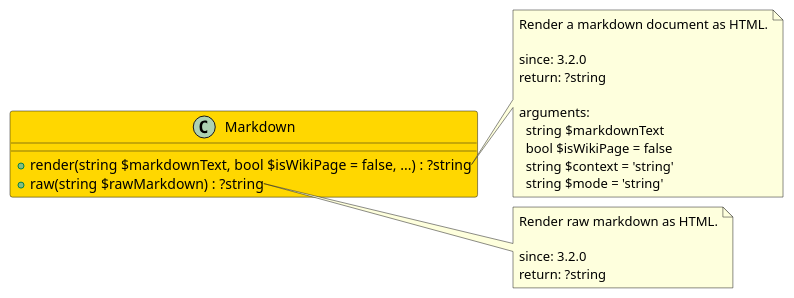
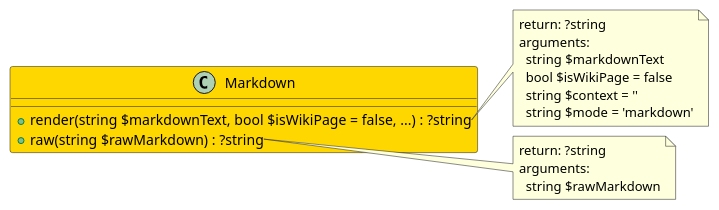
One commit to joomengine/gitea changed the diagram in src/8f1a0130-e555-4e6a-9fa8-9b99e30b39fa/README.md. Above: the diagram before and after it, drawn with PlantUML. The commit also changed 370 other files, not shown here.

````diff
--- a/src/8f1a0130-e555-4e6a-9fa8-9b99e30b39fa/README.md
+++ b/src/8f1a0130-e555-4e6a-9fa8-9b99e30b39fa/README.md
@@ -6,30 +6,25 @@
 ```uml
 @startuml
 
-class Markdown  #Gold {
+class Markdown #Gold {
   + render(string $markdownText, bool $isWikiPage = false, ...) : ?string
   + raw(string $rawMarkdown) : ?string
 }
 
 note right of Markdown::render
-  Render a markdown document as HTML.
-
-  since: 3.2.0
   return: ?string
-  
   arguments:
     string $markdownText
     bool $isWikiPage = false
-    string $context = 'string'
-    string $mode = 'string'
+    string $context = ''
+    string $mode = 'markdown'
 end note
 
 note right of Markdown::raw
-  Render raw markdown as HTML.
-
-  since: 3.2.0
   return: ?string
+  arguments:
+    string $rawMarkdown
 end note
 
 @enduml
 ```
````
